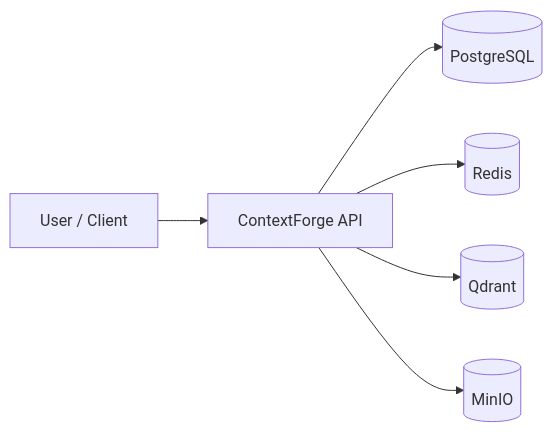
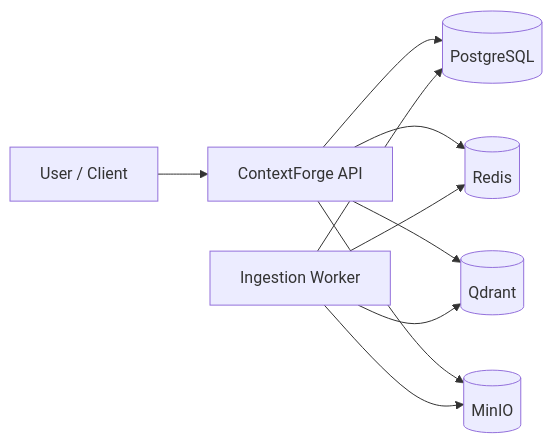
The first of 3 diagrams in README.md (serencarikci/contextforge), drawn with Mermaid before and after one commit. The commit also changed other lines of this file and 50 other files, not shown here.

````diff
--- a/README.md
+++ b/README.md
@@ -49,8 +53,12 @@
 ```mermaid
 flowchart LR
     User[User / Client] --> API[ContextForge API]
     API --> PG[(PostgreSQL)]
     API --> Redis[(Redis)]
     API --> Qdrant[(Qdrant)]
     API --> MinIO[(MinIO)]
+    Worker[Ingestion Worker] --> PG
+    Worker --> Redis
+    Worker --> Qdrant
+    Worker --> MinIO
 ```
````
